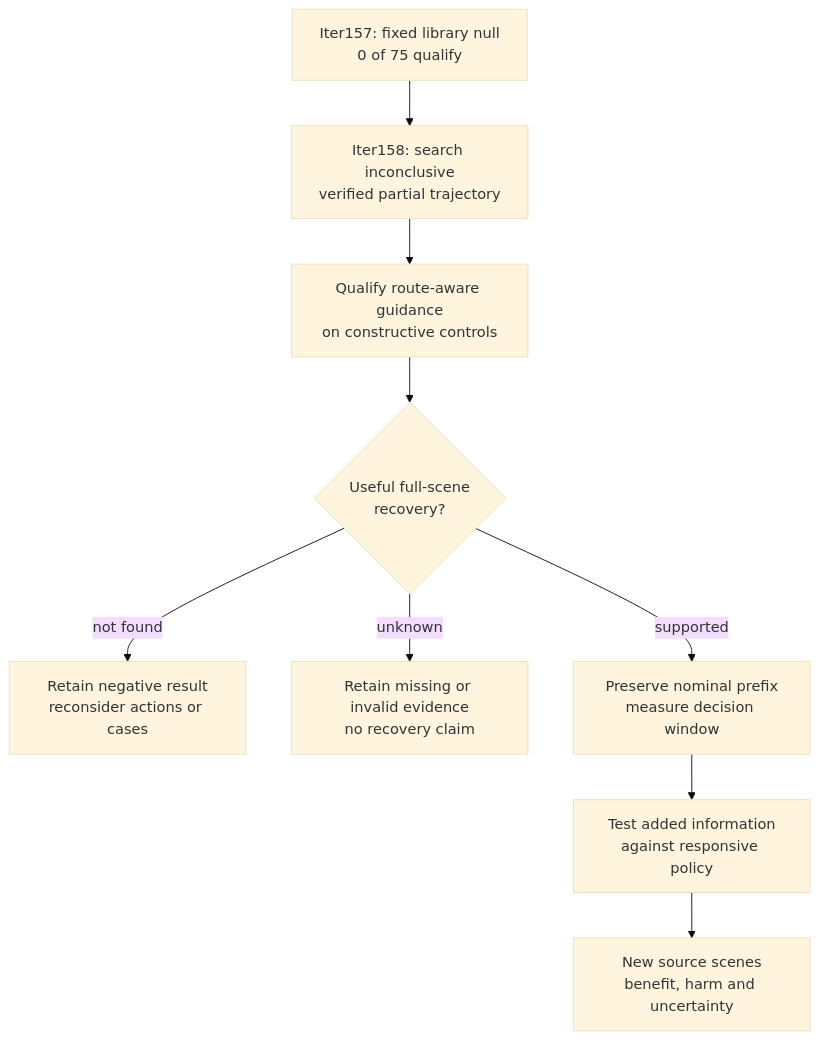
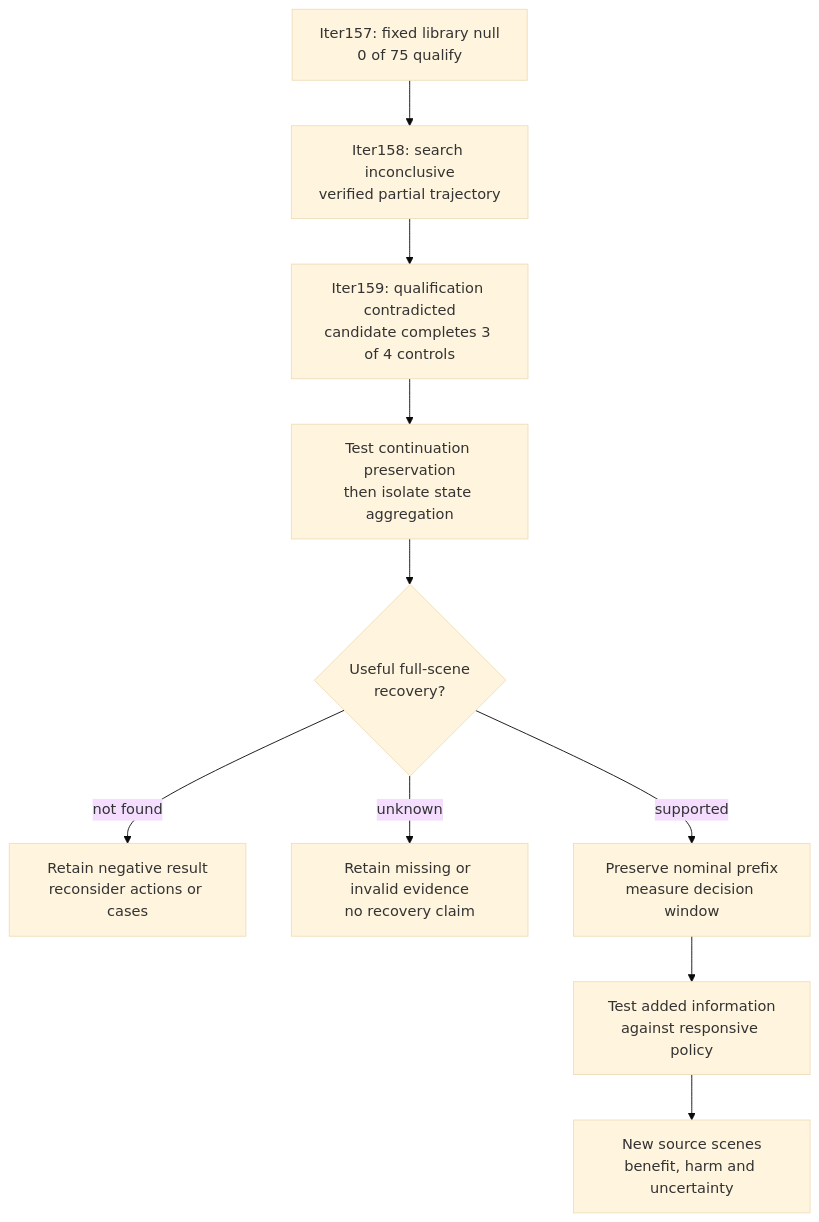
The third of 3 diagrams in README.md (manfromnowhere143/sentinel), drawn with Mermaid (base theme) before and after one commit. The commit also changed other lines of this file and 33 other files, not shown here.

Commit message:
Close the failed route qualification and expose the complete factorial evidence

````diff
--- a/README.md
+++ b/README.md
@@ -495,13 +520,14 @@
 ```mermaid
 flowchart TB
   accTitle: The proposed route from collision replay to information benefit
   accDescr: Complete constraints reject the retained library. A new action opportunity and native recovery must precede information testing.
   C["Iter157: fixed library null<br/>0 of 75 qualify"] --> A["Iter158: search inconclusive<br/>verified partial trajectory"]
-  A --> S["Qualify route-aware guidance<br/>on constructive controls"]
+  A --> Q["Iter159: qualification contradicted<br/>candidate completes 3 of 4 controls"]
+  Q --> S["Test continuation preservation<br/>then isolate state aggregation"]
   S --> R{"Useful full-scene<br/>recovery?"}
   R -- "not found" --> N["Retain negative result<br/>reconsider actions or cases"]
   R -- "unknown" --> U["Retain missing or invalid evidence<br/>no recovery claim"]
   R -- "supported" --> W["Preserve nominal prefix<br/>measure decision window"]
   W --> I["Test added information<br/>against responsive policy"]
   I --> H["New source scenes<br/>benefit, harm and uncertainty"]
 ```
````
